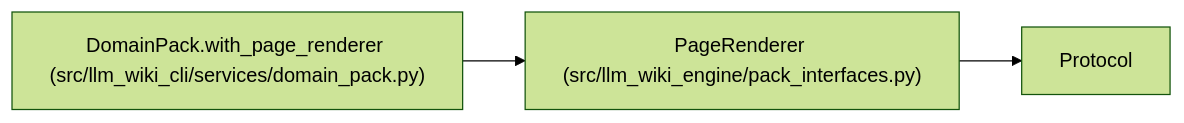
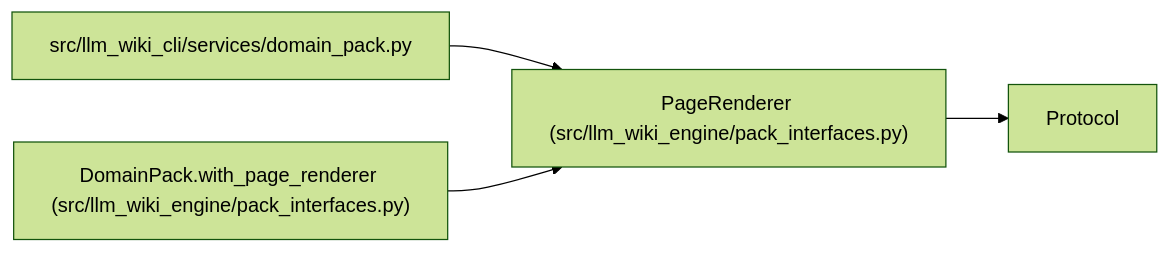
The diagram in docs/llm_wiki/entities/PageRenderer.md (Denissvgn/python-wiki-llm), drawn with Mermaid (forest theme) before and after one commit. The commit also changed other lines of this file and 719 other files, not shown here.

Commit message:
docs: refresh the wiki for the engine's own use cases

````diff
--- a/docs/llm_wiki/entities/PageRenderer.md
+++ b/docs/llm_wiki/entities/PageRenderer.md
@@ -29,10 +29,13 @@
 ```mermaid
 flowchart LR
     n0["PageRenderer (src/llm_wiki_engine/pack_interfaces.py)"]
     n1["Protocol"]
-    n2["DomainPack.with_page_renderer (src/llm_wiki_cli/services/domain_pack.py)"]
+    n2["src/llm_wiki_cli/services/domain_pack.py"]
+    n3["DomainPack.with_page_renderer (src/llm_wiki_engine/pack_interfaces.py)"]
     n0 --> n1
     n2 --> n0
+    n3 --> n0
     click n0 "../modules/pack_interfaces.md"
     click n2 "../modules/domain_pack.md"
+    click n3 "../modules/pack_interfaces.md"
 ```
````
